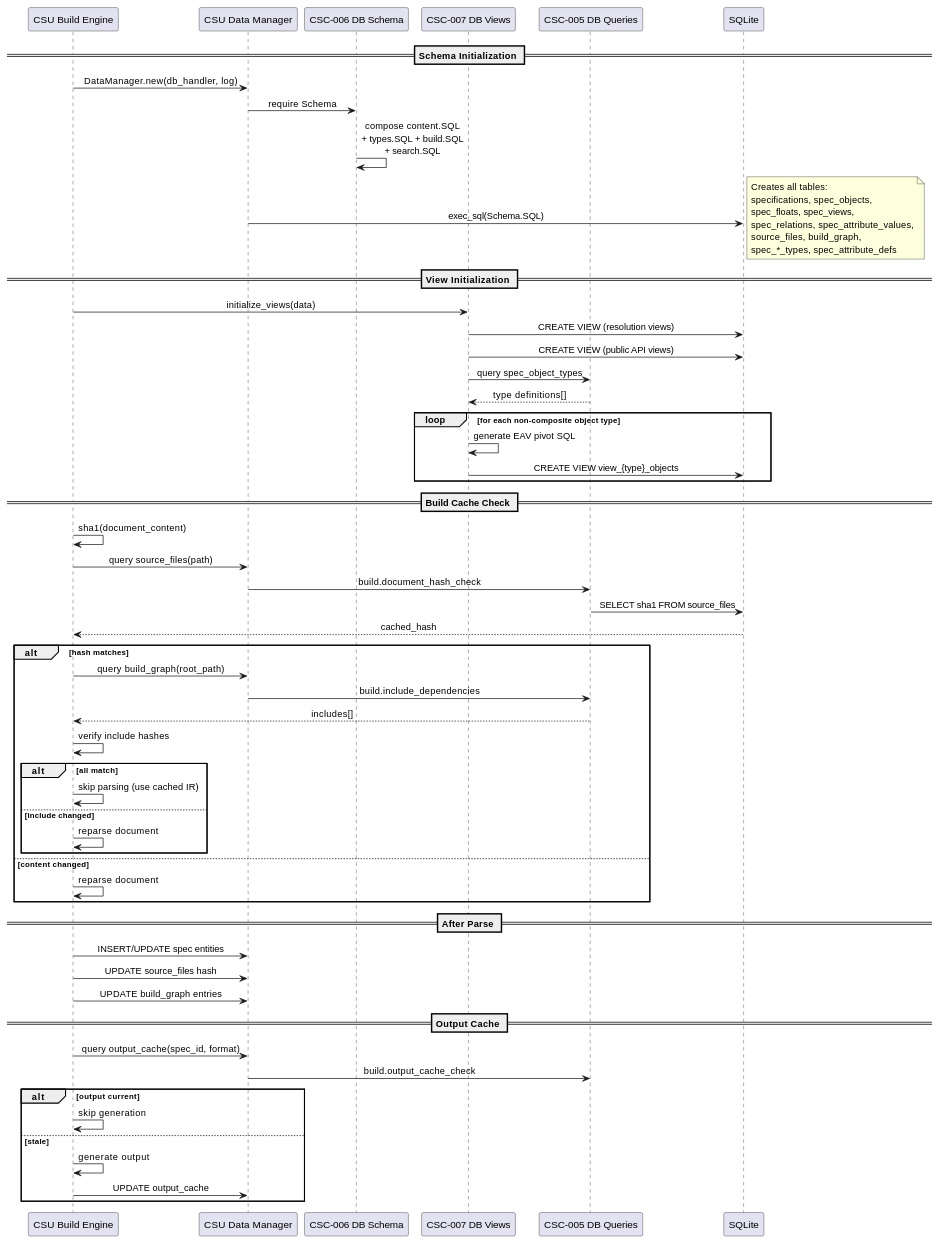
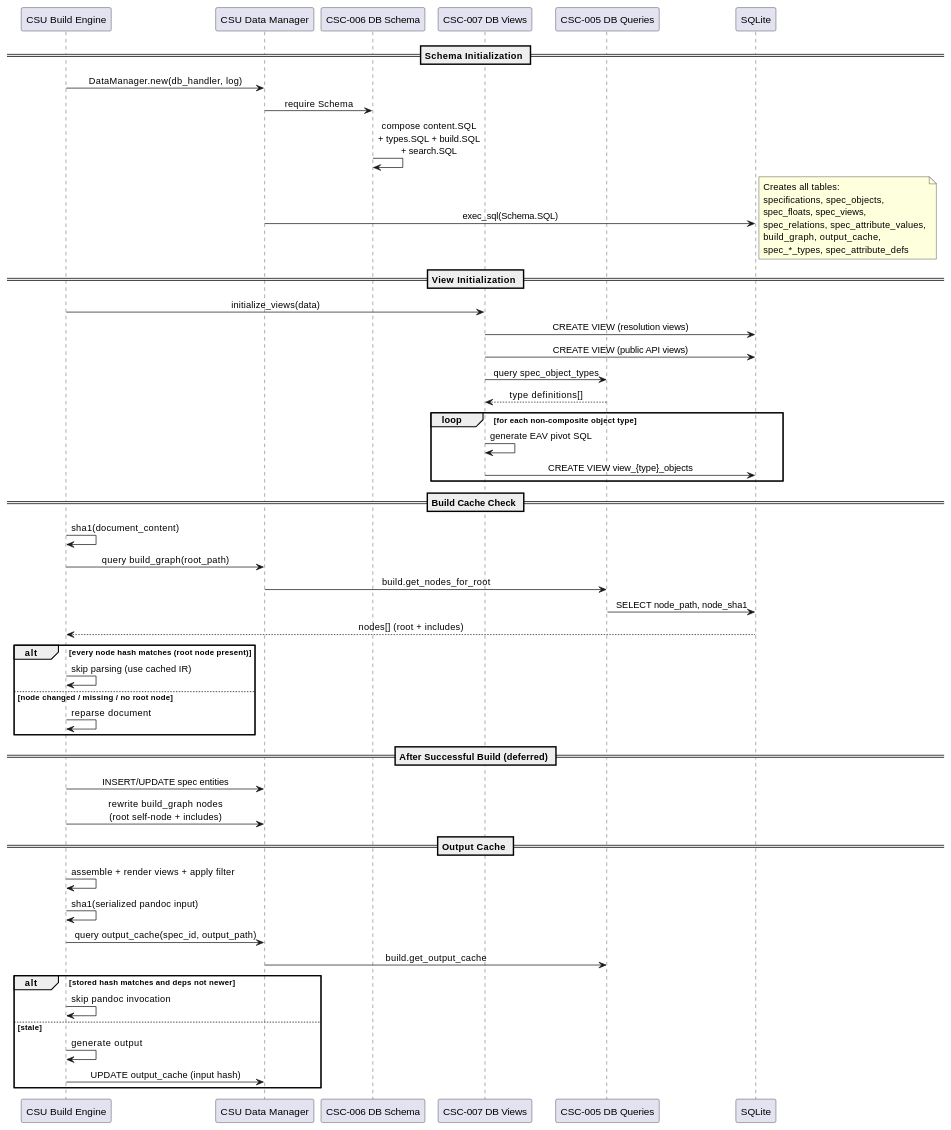
Before and after one commit to SpecIR/SpecCompiler: the diagram in docs/engineering_docs/architecture/storage_design.md, drawn with PlantUML. The commit also changed other lines of this file and 159 other files, not shown here.

````diff
--- a/docs/engineering_docs/architecture/storage_design.md
+++ b/docs/engineering_docs/architecture/storage_design.md
@@ -87,67 +91,60 @@
 ```puml:fd-003-storage{caption="SpecIR Persistence and Cache Coherency"}
 @startuml
 skinparam backgroundColor #FFFFFF
 skinparam sequenceMessageAlign center
 
 participant "CSU Build Engine" as E
 participant "CSU Data Manager" as DB
 participant "CSC-006 DB Schema" as SCH
 participant "CSC-007 DB Views" as VW
 participant "CSC-005 DB Queries" as QRY
 participant "SQLite" as SQL
 
 == Schema Initialization ==
 E -> DB: DataManager.new(db_handler, log)
 DB -> SCH: require Schema
 SCH -> SCH: compose content.SQL\n+ types.SQL + build.SQL\n+ search.SQL
 DB -> SQL: exec_sql(Schema.SQL)
-note right: Creates all tables:\nspecifications, spec_objects,\nspec_floats, spec_views,\nspec_relations, spec_attribute_values,\nsource_files, build_graph,\nspec_*_types, spec_attribute_defs
+note right: Creates all tables:\nspecifications, spec_objects,\nspec_floats, spec_views,\nspec_relations, spec_attribute_values,\nbuild_graph, output_cache,\nspec_*_types, spec_attribute_defs
 
 == View Initialization ==
 E -> VW: initialize_views(data)
 VW -> SQL: CREATE VIEW (resolution views)
 VW -> SQL: CREATE VIEW (public API views)
 VW -> QRY: query spec_object_types
 QRY --> VW: type definitions[]
 loop for each non-composite object type
     VW -> VW: generate EAV pivot SQL
     VW -> SQL: CREATE VIEW view_{type}_objects
 end
 
 == Build Cache Check ==
 E -> E: sha1(document_content)
-E -> DB: query source_files(path)
-DB -> QRY: build.document_hash_check
-QRY -> SQL: SELECT sha1 FROM source_files
-SQL --> E: cached_hash
+E -> DB: query build_graph(root_path)
+DB -> QRY: build.get_nodes_for_root
+QRY -> SQL: SELECT node_path, node_sha1
+SQL --> E: nodes[] (root + includes)
 
-alt hash matches
-    E -> DB: query build_graph(root_path)
-    DB -> QRY: build.include_dependencies
-    QRY --> E: includes[]
-    E -> E: verify include hashes
-    alt all match
-        E -> E: skip parsing (use cached IR)
-    else include changed
-        E -> E: reparse document
-    end
-else content changed
+alt every node hash matches (root node present)
+    E -> E: skip parsing (use cached IR)
+else node changed / missing / no root node
     E -> E: reparse document
 end
 
-== After Parse ==
+== After Successful Build (deferred) ==
 E -> DB: INSERT/UPDATE spec entities
-E -> DB: UPDATE source_files hash
-E -> DB: UPDATE build_graph entries
+E -> DB: rewrite build_graph nodes\n(root self-node + includes)
 
 == Output Cache ==
-E -> DB: query output_cache(spec_id, format)
-DB -> QRY: build.output_cache_check
-alt output current
-    E -> E: skip generation
+E -> E: assemble + render views + apply filter
+E -> E: sha1(serialized pandoc input)
+E -> DB: query output_cache(spec_id, output_path)
+DB -> QRY: build.get_output_cache
+alt stored hash matches and deps not newer
+    E -> E: skip pandoc invocation
 else stale
     E -> E: generate output
-    E -> DB: UPDATE output_cache
+    E -> DB: UPDATE output_cache (input hash)
 end
 @enduml
 ```
````
